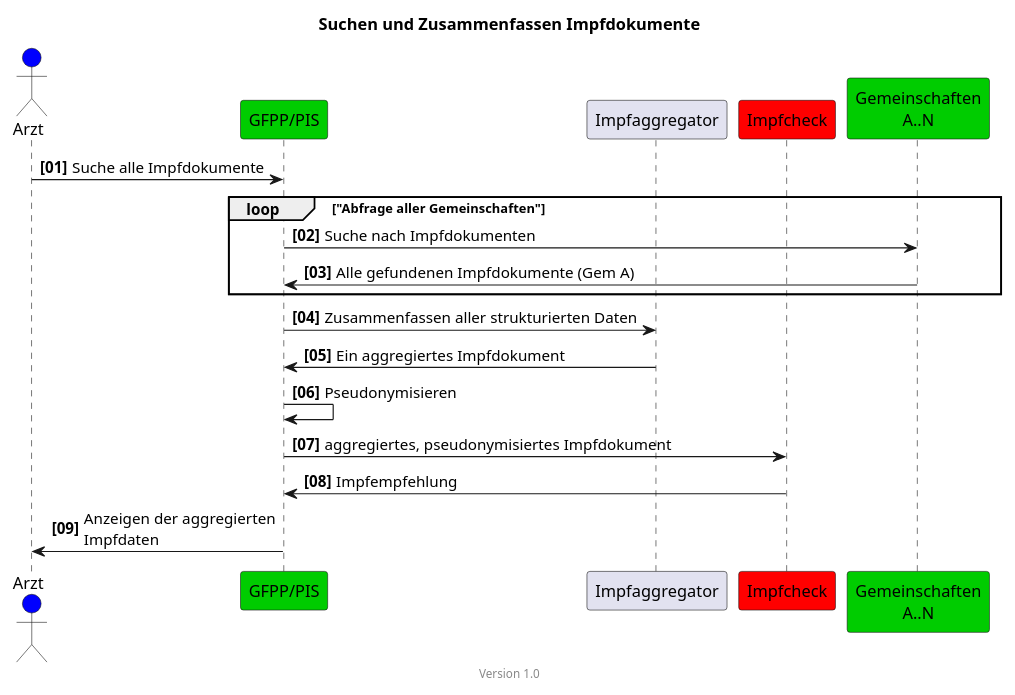
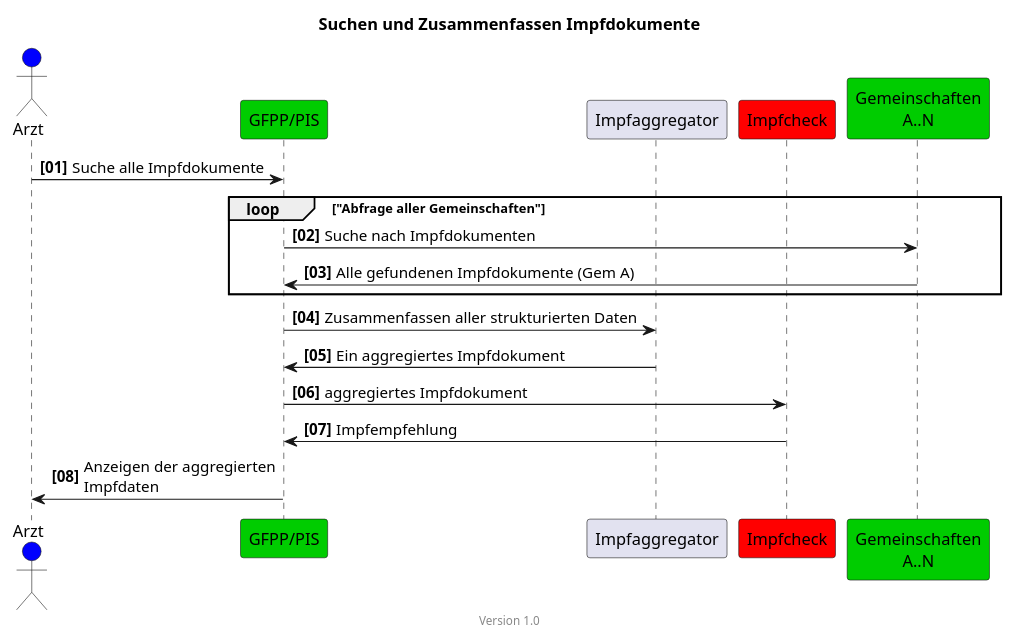
One commit to hl7ch/ch-vacd changed the diagram in input/images-source/epd-impfcheck-vaccination-docs-simple-de.plantuml. Above: the diagram before and after it, drawn with PlantUML. The commit also changed 11 other files, not shown here.

Commit message:
#194 precise and fix the sequence diagrams. remove pseudonomise and change GFPP/PIS for patient to Portal

```diff
--- a/input/images-source/epd-impfcheck-vaccination-docs-simple-de.plantuml
+++ b/input/images-source/epd-impfcheck-vaccination-docs-simple-de.plantuml
@@ -1,27 +1,27 @@
 @startuml
 title Suchen und Zusammenfassen Impfdokumente
 footer Version 1.0
 skinparam responseMessageBelowArrow true
 scale max 800 width
 
 actor Arzt #blue
 participant "GFPP/PIS" #00CC00
 participant "Impfaggregator"
 participant "Impfcheck" #red
 
 participant "Gemeinschaften\nA..N" #00CC00
 
 autonumber "<b>[00]"
 Arzt -> "GFPP/PIS": Suche alle Impfdokumente
 loop "Abfrage aller Gemeinschaften"
 "GFPP/PIS" -> "Gemeinschaften\nA..N": Suche nach Impfdokumenten
 "Gemeinschaften\nA..N" -> "GFPP/PIS": Alle gefundenen Impfdokumente (Gem A)
 end
 "GFPP/PIS" -> "Impfaggregator": Zusammenfassen aller strukturierten Daten
 "Impfaggregator" ->  "GFPP/PIS": Ein aggregiertes Impfdokument
-"GFPP/PIS" -> "GFPP/PIS": Pseudonymisieren
-"GFPP/PIS" ->  "Impfcheck": aggregiertes, pseudonymisiertes Impfdokument
+' "GFPP/PIS" -> "GFPP/PIS": Pseudonymisieren
+"GFPP/PIS" ->  "Impfcheck": aggregiertes Impfdokument
 "Impfcheck" -> "GFPP/PIS": Impfempfehlung
 "GFPP/PIS" -> Arzt: Anzeigen der aggregierten\nImpfdaten
 
 @enduml
```
